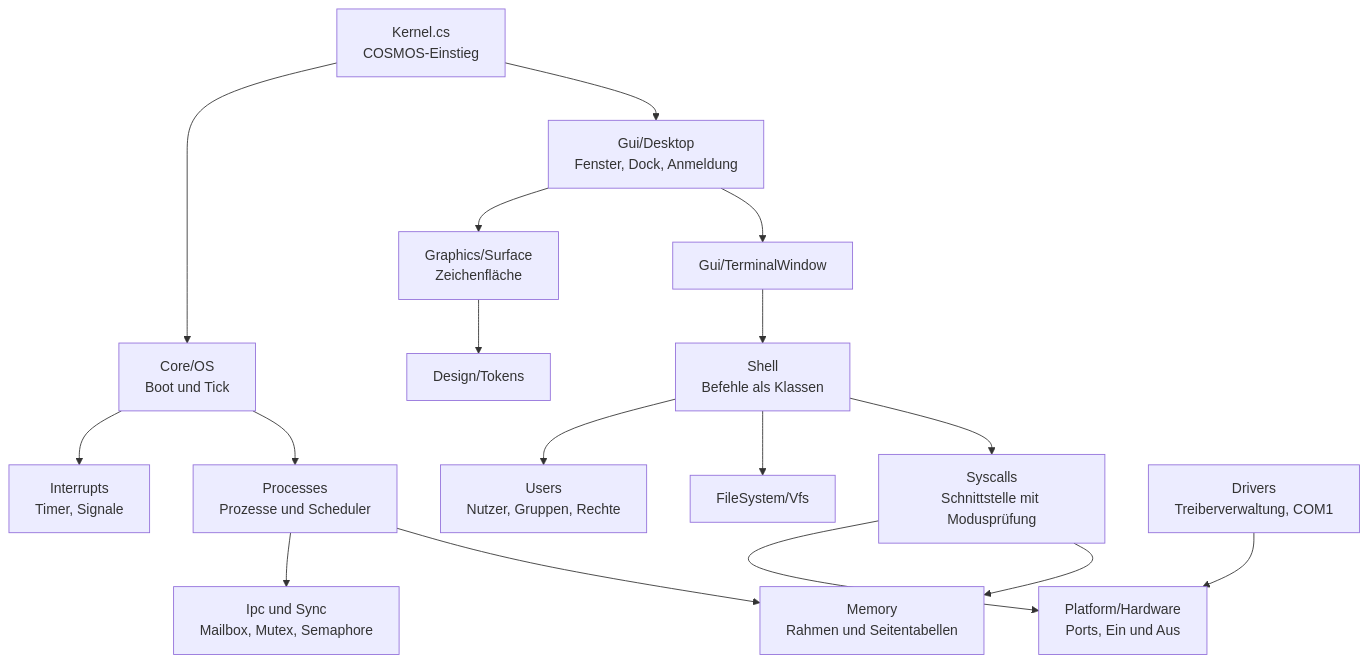
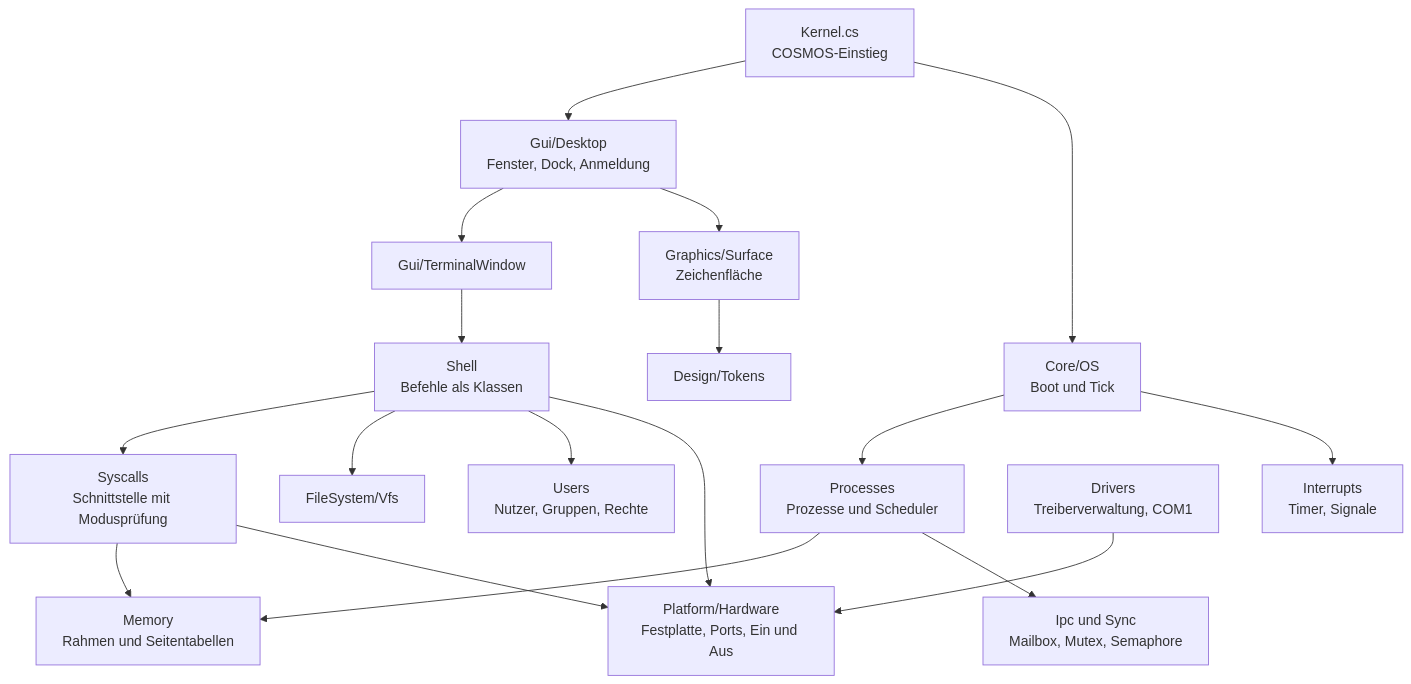
One commit to DHGE2025/VibanOS changed the diagram in docs/architektur.md. Above: the diagram before and after it, drawn with Mermaid. The commit also changed other lines of this file and 48 other files, not shown here.

First line of the commit message:
Umstellung auf COSMOS 3.0 und Korrekturen aus der Durchsicht

````diff
--- a/docs/architektur.md
+++ b/docs/architektur.md
@@ -7,19 +7,20 @@
 ```mermaid
 flowchart TD
     K[Kernel.cs<br>COSMOS-Einstieg] --> D[Gui/Desktop<br>Fenster, Dock, Anmeldung]
     K --> OS[Core/OS<br>Boot und Tick]
     D --> T[Gui/TerminalWindow]
     T --> SH[Shell<br>Befehle als Klassen]
     SH --> SC[Syscalls<br>Schnittstelle mit Modusprüfung]
     SH --> FS[FileSystem/Vfs]
     SH --> U[Users<br>Nutzer, Gruppen, Rechte]
     OS --> P[Processes<br>Prozesse und Scheduler]
     OS --> I[Interrupts<br>Timer, Signale]
     P --> M[Memory<br>Rahmen und Seitentabellen]
     P --> IPC[Ipc und Sync<br>Mailbox, Mutex, Semaphore]
     SC --> M
-    SC --> HW[Platform/Hardware<br>Ports, Ein und Aus]
+    SC --> HW[Platform/Hardware<br>Festplatte, Ports, Ein und Aus]
+    SH --> HW
     DR[Drivers<br>Treiberverwaltung, COM1] --> HW
     D --> G[Graphics/Surface<br>Zeichenfläche]
     G --> DT[Design/Tokens]
 ```
````
